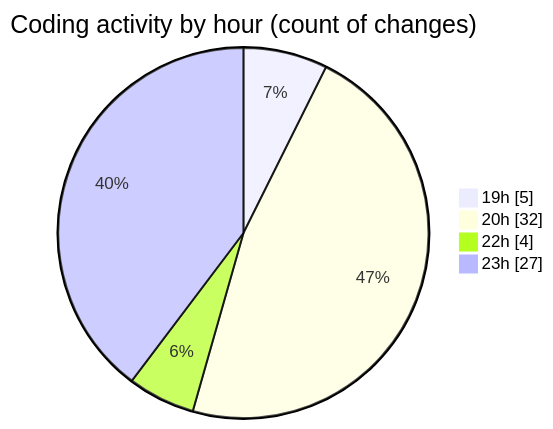
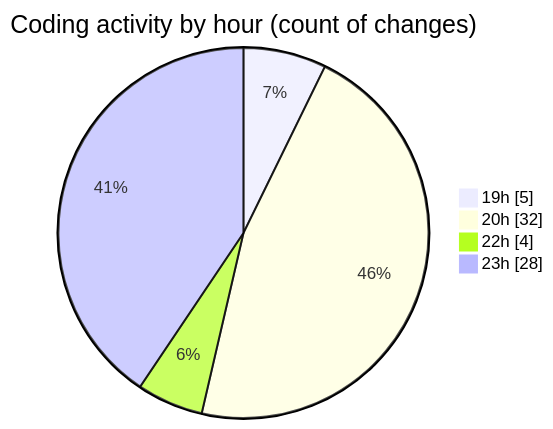
The second of 2 diagrams in 2025-04-25/echo/README.md (Netris89/code-tracking), drawn with Mermaid before and after one commit. The commit also changed other lines of this file and 1 other file, not shown here.

````diff
--- a/2025-04-25/echo/README.md
+++ b/2025-04-25/echo/README.md
@@ -33,8 +33,8 @@
 ```mermaid
 pie showData
 title Coding activity by hour (count of changes)
 "19h" : 5
 "20h" : 32
 "22h" : 4
-"23h" : 27
+"23h" : 28
 ```
````
